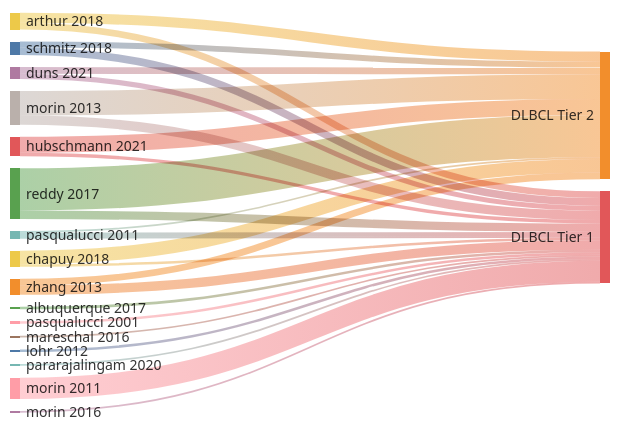
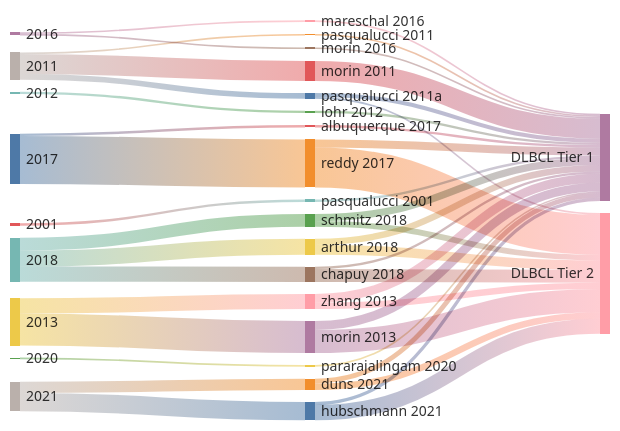
Before and after one commit to morinlab/lymphopedia: the diagram in DLBCL_sankey.md, drawn with Mermaid.

Commit message:
Updated DLBCL_sankey (markdown)

````diff
--- a/DLBCL_sankey.md
+++ b/DLBCL_sankey.md
@@ -1,34 +1,57 @@
 ```mermaid
 ---
 config:
   sankey:
     showValues: false
 ---
 sankey-beta
-schmitz 2018,DLBCL Tier 2, 7
-schmitz 2018,DLBCL Tier 1, 9
-pasqualucci 2011,DLBCL Tier 1, 5
-pasqualucci 2011,DLBCL Tier 2, 2
+2017, reddy 2017, 60
+2017, albuquerque 2017, 3
+2018, schmitz 2018, 16
+2018, arthur 2018, 20
+2016, mareschal 2016, 2
+2016, morin 2016, 2
+2011, pasqualucci 2011a,7
+2011, pasqualucci 2011,2 
+2011, morin 2011, 25
+2012, lohr 2012, 3
+2013, morin 2013, 40
+2013, zhang 2013, 19
+2018, chapuy 2018, 19
+2021, hubschmann 2021, 23
+2021, duns 2021, 14
+2001, pasqualucci 2001, 3
+2020, pararajalingam 2020, 2
+pasqualucci 2001,DLBCL Tier 1, 3
+pararajalingam 2020,DLBCL Tier 1, 2
+morin 2011,DLBCL Tier 1, 25
+lohr 2012,DLBCL Tier 1, 3
+duns 2021,DLBCL Tier 2, 8
+duns 2021,DLBCL Tier 1, 6
+pasqualucci 2011a,DLBCL Tier 1, 5
+pasqualucci 2011a,DLBCL Tier 2, 2
 pasqualucci 2011,DLBCL Tier 1, 2
+hubschmann 2021,DLBCL Tier 1, 4
+hubschmann 2021,DLBCL Tier 2, 19
+reddy 2017,DLBCL Tier 1, 10
+reddy 2017,DLBCL Tier 2, 50
+chapuy 2018,DLBCL Tier 2, 16
+chapuy 2018,DLBCL Tier 1, 3
+morin 2016,DLBCL Tier 1, 2
+morin 2013,DLBCL Tier 2, 29
+morin 2013,DLBCL Tier 1, 11
+zhang 2013,DLBCL Tier 1, 11
+zhang 2013,DLBCL Tier 2, 8
+mareschal 2016,DLBCL Tier 1, 2
 albuquerque 2017,DLBCL Tier 1, 3
 arthur 2018,DLBCL Tier 2, 12
 arthur 2018,DLBCL Tier 1, 8
-duns 2021,DLBCL Tier 2, 8
-duns 2021,DLBCL Tier 1, 6
-pasqualucci 2001,DLBCL Tier 1, 3
-mareschal 2016,DLBCL Tier 1, 2
-morin 2013,DLBCL Tier 2, 29
-morin 2013,DLBCL Tier 1, 11
-lohr 2012,DLBCL Tier 1, 3
-zhang 2013,DLBCL Tier 1, 11
-zhang 2013,DLBCL Tier 2, 8
-hubschmann 2021,DLBCL Tier 1, 4
-hubschmann 2021,DLBCL Tier 2, 19
-pararajalingam 2020,DLBCL Tier 1, 2
-reddy 2017,DLBCL Tier 2, 50
-reddy 2017,DLBCL Tier 1, 10
-chapuy 2018,DLBCL Tier 2, 16
-chapuy 2018,DLBCL Tier 1, 3
-morin 2016,DLBCL Tier 1, 2
-morin 2011,DLBCL Tier 1, 25
+schmitz 2018,DLBCL Tier 2, 7
+schmitz 2018,DLBCL Tier 1, 9
+
+
+
+
+
+
 ```
````
